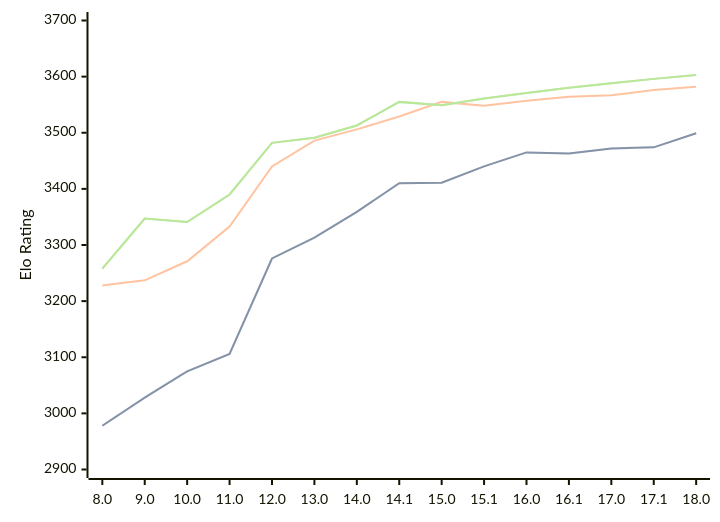
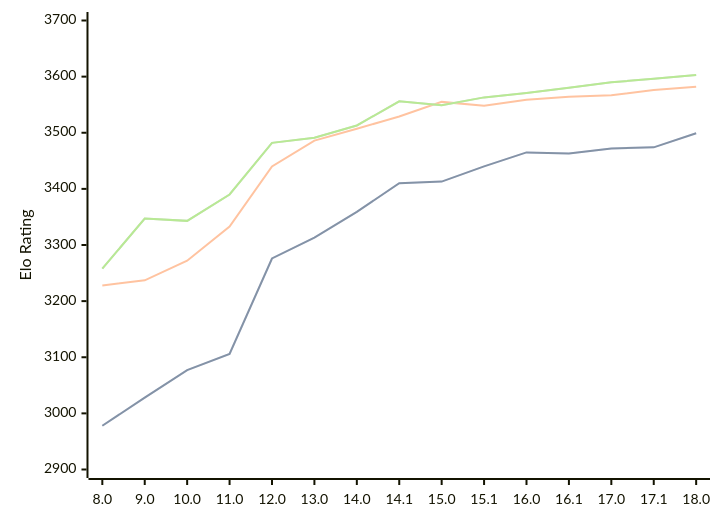
The diagram in engines/Stockfish.md (computer-chess-index/cci), drawn with Mermaid before and after one commit. The commit also changed other lines of this file, not shown here.

Commit message:
Update CCI Ratings (ELO VLTC) - 2026-08-10

````diff
--- a/engines/Stockfish.md
+++ b/engines/Stockfish.md
@@ -45,11 +45,11 @@
 ```mermaid
 %%{init: {"theme":"base","themeVariables":{"seriesColors:['#a3a3a3','#222221','#faa371']}}}%%
 xychart-beta
   x-axis ["8.0", "9.0", "10.0", "11.0", "12.0", "13.0", "14.0", "14.1", "15.0", "15.1", "16.0", "16.1", "17.0", "17.1", "18.0"]
   y-axis "Elo Rating" 2900 --> 3700
-  line "STC (8.0+0.08s)" [2978, 3028, 3075, 3106, 3276, 3313, 3359, 3410, 3411, 3440, 3465, 3463, 3472, 3474, 3499]
-  line "STC (8.0+0.08s)" [2978, 3028, 3075, 3106, 3276, 3313, 3359, 3410, 3411, 3440, 3465, 3463, 3472, 3474, 3499]
-  line "LTC (60.0+0.60s)" [3228, 3237, 3271, 3333, 3440, 3486, 3506, 3529, 3555, 3548, 3557, 3564, 3567, 3576, 3582]
-  line "VLTC (2m24s+1.12s)" [3258, 3347, 3341, 3390, 3482, 3491, 3513, 3555, 3549, 3561, 3571, 3580, 3588, 3596, 3603]
-  line "VLTC (2m24s+1.12s)" [3258, 3347, 3341, 3390, 3482, 3491, 3513, 3555, 3549, 3561, 3571, 3580, 3588, 3596, 3603]
+  line "STC (8.0+0.08s)" [2978, 3028, 3077, 3106, 3276, 3313, 3359, 3410, 3413, 3440, 3465, 3463, 3472, 3474, 3499]
+  line "STC (8.0+0.08s)" [2978, 3028, 3077, 3106, 3276, 3313, 3359, 3410, 3413, 3440, 3465, 3463, 3472, 3474, 3499]
+  line "LTC (60.0+0.60s)" [3228, 3237, 3272, 3333, 3440, 3486, 3507, 3529, 3555, 3548, 3559, 3564, 3567, 3576, 3582]
+  line "VLTC (2m24s+1.12s)" [3258, 3347, 3343, 3390, 3482, 3491, 3513, 3556, 3549, 3563, 3571, 3580, 3590, 3596, 3603]
+  line "VLTC (2m24s+1.12s)" [3258, 3347, 3343, 3390, 3482, 3491, 3513, 3556, 3549, 3563, 3571, 3580, 3590, 3596, 3603]
 ```
````
